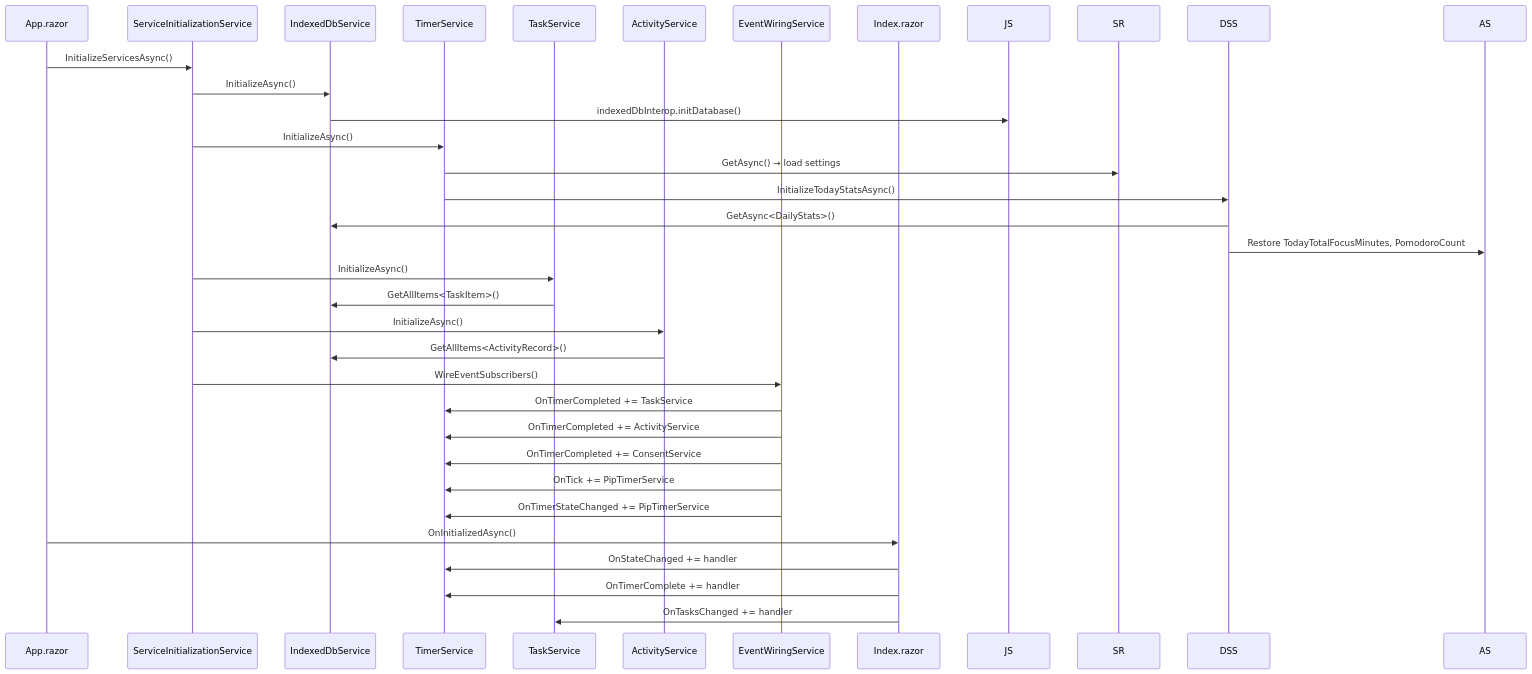
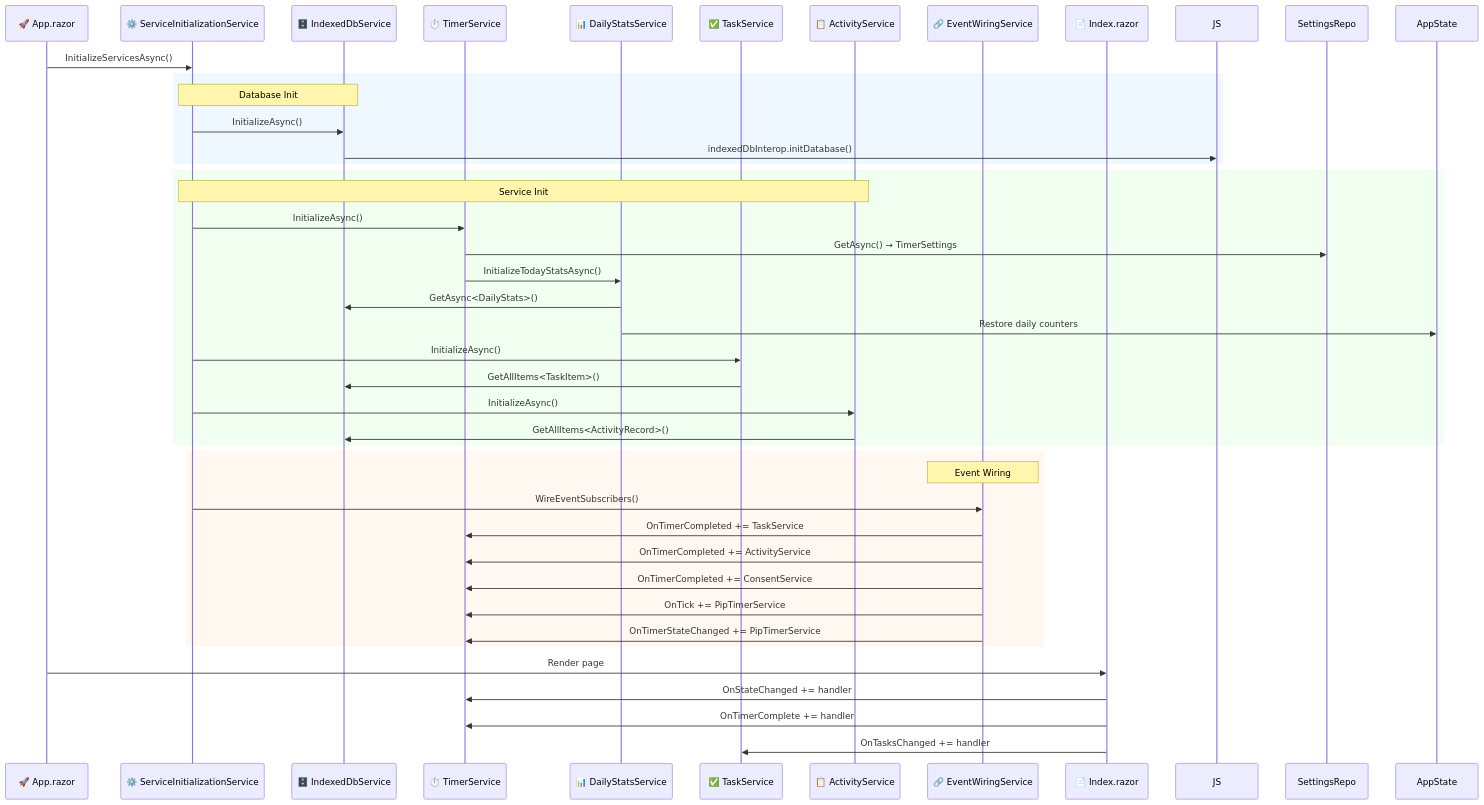
Before and after one commit to Nayeem170/Pomodoro: the sixth of 9 diagrams in CODEMAP.md, drawn with Mermaid. The commit also changed other lines of this file, not shown here.

Commit message:
docs: polish CODEMAP.md with Mermaid architecture, visual styling, and verified accuracy

````diff
--- a/CODEMAP.md
+++ b/CODEMAP.md
@@ -270,34 +312,48 @@
 ```mermaid
 sequenceDiagram
-    participant App as App.razor
-    participant SIS as ServiceInitializationService
-    participant IDB as IndexedDbService
-    participant TS as TimerService
-    participant TaskSvc as TaskService
-    participant ActSvc as ActivityService
-    participant EWS as EventWiringService
-    participant Index as Index.razor
+    participant App as 🚀 App.razor
+    participant SIS as ⚙️ ServiceInitializationService
+    participant IDB as 🗄️ IndexedDbService
+    participant TS as ⏱️ TimerService
+    participant DSS as 📊 DailyStatsService
+    participant TaskSvc as ✅ TaskService
+    participant ActSvc as 📋 ActivityService
+    participant EWS as 🔗 EventWiringService
+    participant I as 📄 Index.razor
 
     App->>SIS: InitializeServicesAsync()
-    SIS->>IDB: InitializeAsync()
-    IDB->>JS: indexedDbInterop.initDatabase()
-    SIS->>TS: InitializeAsync()
-    TS->>SR: GetAsync() → load settings
-    TS->>DSS: InitializeTodayStatsAsync()
-    DSS->>IDB: GetAsync<DailyStats>()
-    DSS->>AS: Restore TodayTotalFocusMinutes, PomodoroCount
-    SIS->>TaskSvc: InitializeAsync()
-    TaskSvc->>IDB: GetAllItems<TaskItem>()
-    SIS->>ActSvc: InitializeAsync()
-    ActSvc->>IDB: GetAllItems<ActivityRecord>()
-    SIS->>EWS: WireEventSubscribers()
-    EWS->>TS: OnTimerCompleted += TaskService
-    EWS->>TS: OnTimerCompleted += ActivityService
-    EWS->>TS: OnTimerCompleted += ConsentService
-    EWS->>TS: OnTick += PipTimerService
-    EWS->>TS: OnTimerStateChanged += PipTimerService
-    App->>Index: OnInitializedAsync()
-    Index->>TS: OnStateChanged += handler
-    Index->>TS: OnTimerComplete += handler
-    Index->>TaskSvc: OnTasksChanged += handler
+
+    rect rgb(240, 248, 255)
+        Note over SIS,IDB: Database Init
+        SIS->>IDB: InitializeAsync()
+        IDB->>JS: indexedDbInterop.initDatabase()
+    end
+
+    rect rgb(240, 255, 240)
+        Note over SIS,ActSvc: Service Init
+        SIS->>TS: InitializeAsync()
+        TS->>SettingsRepo: GetAsync() → TimerSettings
+        TS->>DSS: InitializeTodayStatsAsync()
+        DSS->>IDB: GetAsync<DailyStats>()
+        DSS->>AppState: Restore daily counters
+        SIS->>TaskSvc: InitializeAsync()
+        TaskSvc->>IDB: GetAllItems<TaskItem>()
+        SIS->>ActSvc: InitializeAsync()
+        ActSvc->>IDB: GetAllItems<ActivityRecord>()
+    end
+
+    rect rgb(255, 248, 240)
+        Note over EWS: Event Wiring
+        SIS->>EWS: WireEventSubscribers()
+        EWS->>TS: OnTimerCompleted += TaskService
+        EWS->>TS: OnTimerCompleted += ActivityService
+        EWS->>TS: OnTimerCompleted += ConsentService
+        EWS->>TS: OnTick += PipTimerService
+        EWS->>TS: OnTimerStateChanged += PipTimerService
+    end
+
+    App->>I: Render page
+    I->>TS: OnStateChanged += handler
+    I->>TS: OnTimerComplete += handler
+    I->>TaskSvc: OnTasksChanged += handler
 ```
````
